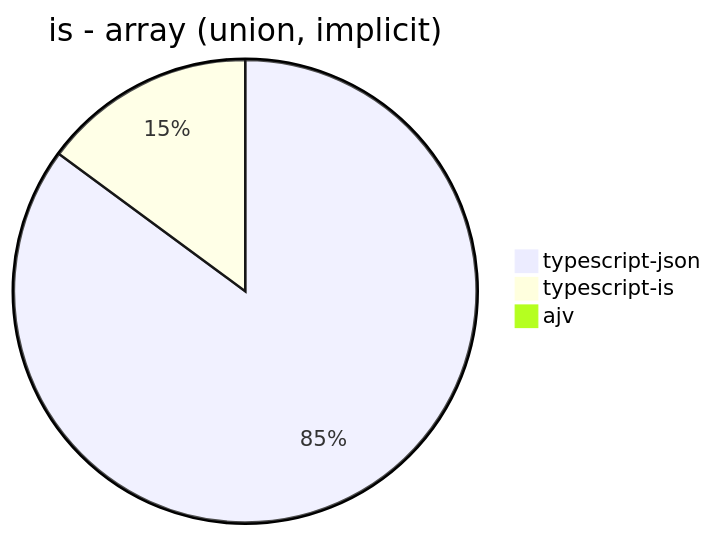
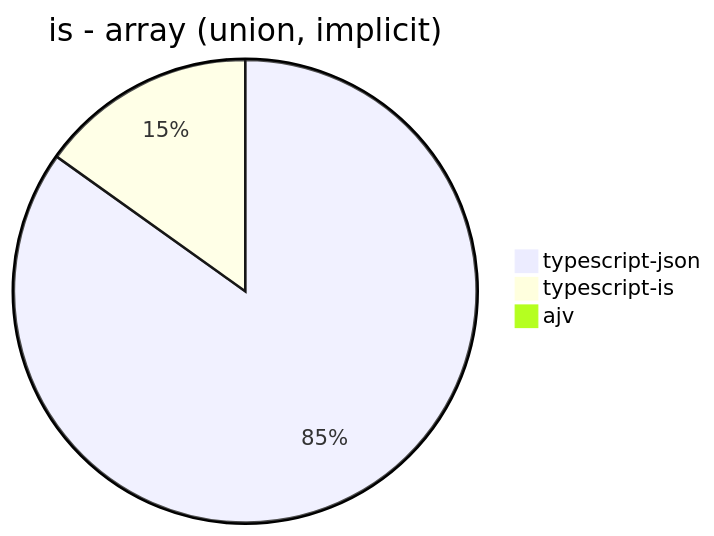
Before and after one commit to samchon/typia: diagram 13 of 30 in benchmark/results/AMD Ryzen 7 5800H with Radeon Graphics         .md, drawn with Mermaid. The commit also changed other lines of this file, not shown here.

````diff
--- a/benchmark/results/AMD Ryzen 7 5800H with Radeon Graphics         .md
+++ b/benchmark/results/AMD Ryzen 7 5800H with Radeon Graphics         .md
@@ -124,6 +124,6 @@
 ```mermaid
 pie title is - array (union, implicit)
-  "typescript-json": 6285.982360668043
-  "typescript-is": 1099.8515219005196
+  "typescript-json": 6118.457300275481
+  "typescript-is": 1090.8250092489827
   "ajv": 0
 ```
````
